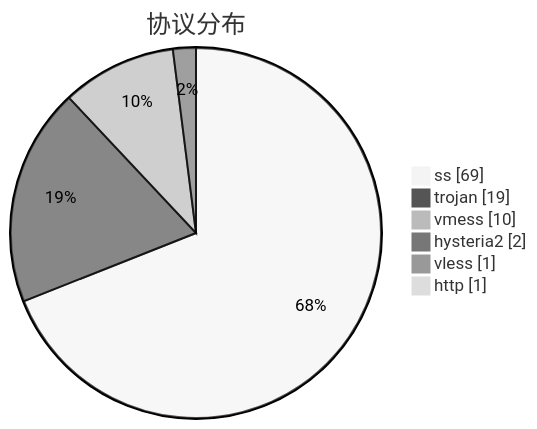
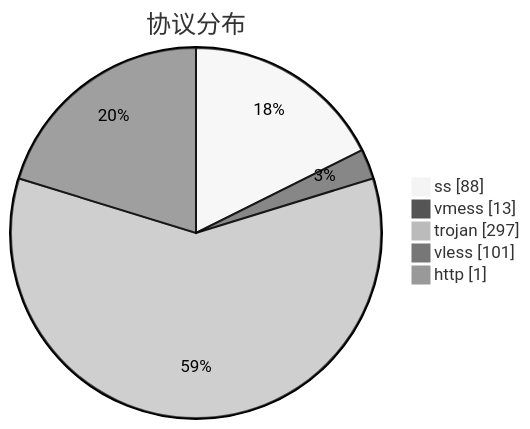
One commit to sinspired/airport changed the third of 3 diagrams in subs/statistics/tested_within.md. Above: the diagram before and after it, drawn with Mermaid (neutral theme). The commit also changed other lines of this file and 2 other files, not shown here.

````diff
--- a/subs/statistics/tested_within.md
+++ b/subs/statistics/tested_within.md
@@ -34,10 +41,9 @@
 ```mermaid
 pie showData
 title 协议分布
-"ss" : 69
-"trojan" : 19
-"vmess" : 10
-"hysteria2" : 2
-"vless" : 1
+"ss" : 88
+"vmess" : 13
+"trojan" : 297
+"vless" : 101
 "http" : 1
 ```
````
